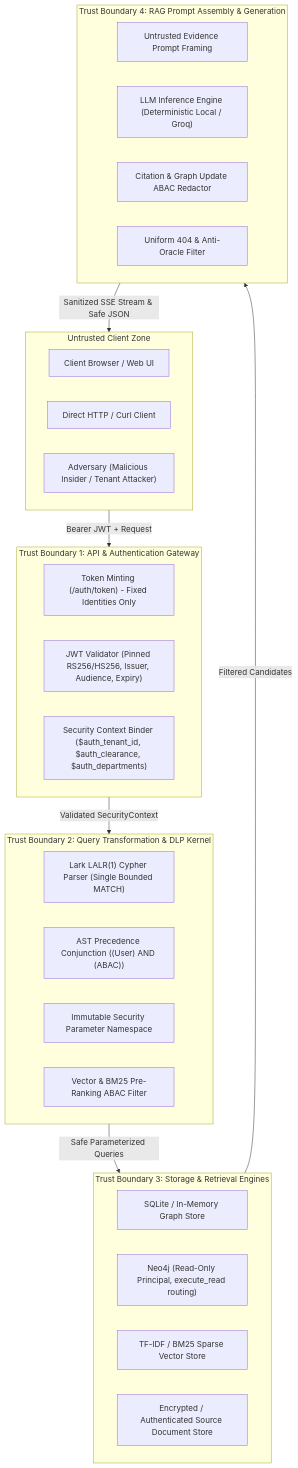
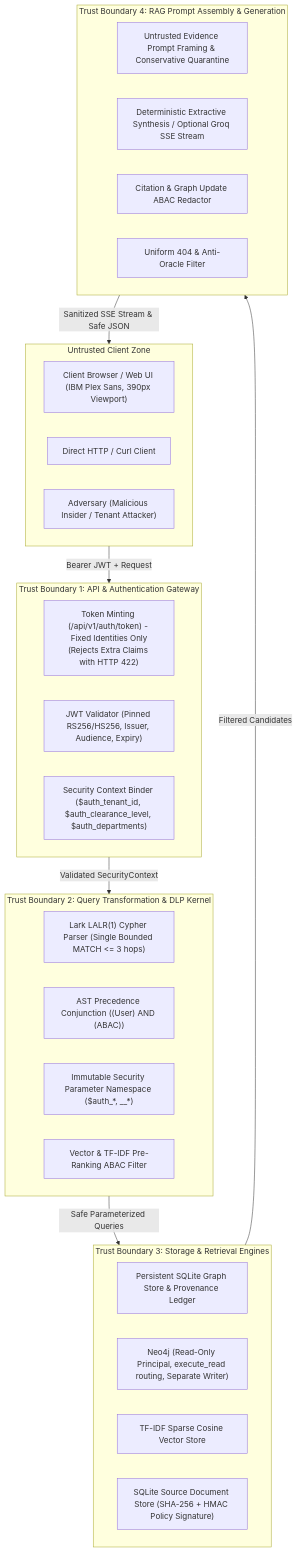
The first of 2 diagrams in docs/SECURITY.md (addiee13/graphrag-dlp), drawn with Mermaid before and after one commit. The commit also changed other lines of this file and 4 other files, not shown here.

Commit message:
docs: synchronize architecture, security, plan, acceptance, and runbook with implemented system

````diff
--- a/docs/SECURITY.md
+++ b/docs/SECURITY.md
@@ -18,41 +18,41 @@
 ```mermaid
 flowchart TD
     subgraph UntrustedZone["Untrusted Client Zone"]
-        ClientBrowser["Client Browser / Web UI"]
+        ClientBrowser["Client Browser / Web UI (IBM Plex Sans, 390px Viewport)"]
         APIClient["Direct HTTP / Curl Client"]
         Attacker["Adversary (Malicious Insider / Tenant Attacker)"]
     end
 
     subgraph Boundary1["Trust Boundary 1: API & Authentication Gateway"]
-        AuthMinter["Token Minting (/auth/token) - Fixed Identities Only"]
+        AuthMinter["Token Minting (/api/v1/auth/token) - Fixed Identities Only\n(Rejects Extra Claims with HTTP 422)"]
         JWTSanitizer["JWT Validator (Pinned RS256/HS256, Issuer, Audience, Expiry)"]
-        ContextBinder["Security Context Binder ($auth_tenant_id, $auth_clearance, $auth_departments)"]
+        ContextBinder["Security Context Binder ($auth_tenant_id, $auth_clearance_level, $auth_departments)"]
     end
 
     subgraph Boundary2["Trust Boundary 2: Query Transformation & DLP Kernel"]
-        CypherGrammar["Lark LALR(1) Cypher Parser (Single Bounded MATCH)"]
+        CypherGrammar["Lark LALR(1) Cypher Parser (Single Bounded MATCH <= 3 hops)"]
         ASTConjunction["AST Precedence Conjunction ((User) AND (ABAC))"]
-        ParamNamespace["Immutable Security Parameter Namespace"]
-        CandidatePreFilter["Vector & BM25 Pre-Ranking ABAC Filter"]
+        ParamNamespace["Immutable Security Parameter Namespace ($auth_*, __*)"]
+        CandidatePreFilter["Vector & TF-IDF Pre-Ranking ABAC Filter"]
     end
 
     subgraph Boundary3["Trust Boundary 3: Storage & Retrieval Engines"]
-        LocalGraph["SQLite / In-Memory Graph Store"]
-        Neo4jPrincipal["Neo4j (Read-Only Principal, execute_read routing)"]
-        TFIDFIndex["TF-IDF / BM25 Sparse Vector Store"]
-        SourceStore["Encrypted / Authenticated Source Document Store"]
+        LocalGraph["Persistent SQLite Graph Store & Provenance Ledger"]
+        Neo4jPrincipal["Neo4j (Read-Only Principal, execute_read routing, Separate Writer)"]
+        TFIDFIndex["TF-IDF Sparse Cosine Vector Store"]
+        SourceStore["SQLite Source Document Store (SHA-256 + HMAC Policy Signature)"]
     end
 
     subgraph Boundary4["Trust Boundary 4: RAG Prompt Assembly & Generation"]
-        ContextFraming["Untrusted Evidence Prompt Framing"]
-        LLMInference["LLM Inference Engine (Deterministic Local / Groq)"]
+        ContextFraming["Untrusted Evidence Prompt Framing & Conservative Quarantine"]
+        LLMInference["Deterministic Extractive Synthesis / Optional Groq SSE Stream"]
         CitationGate["Citation & Graph Update ABAC Redactor"]
         AntiOracleGate["Uniform 404 & Anti-Oracle Filter"]
     end
 
     UntrustedZone -->|Bearer JWT + Request| Boundary1
     Boundary1 -->|Validated SecurityContext| Boundary2
     Boundary2 -->|Safe Parameterized Queries| Boundary3
     Boundary3 -->|Filtered Candidates| Boundary4
     Boundary4 -->|Sanitized SSE Stream & Safe JSON| UntrustedZone
 ```
````
